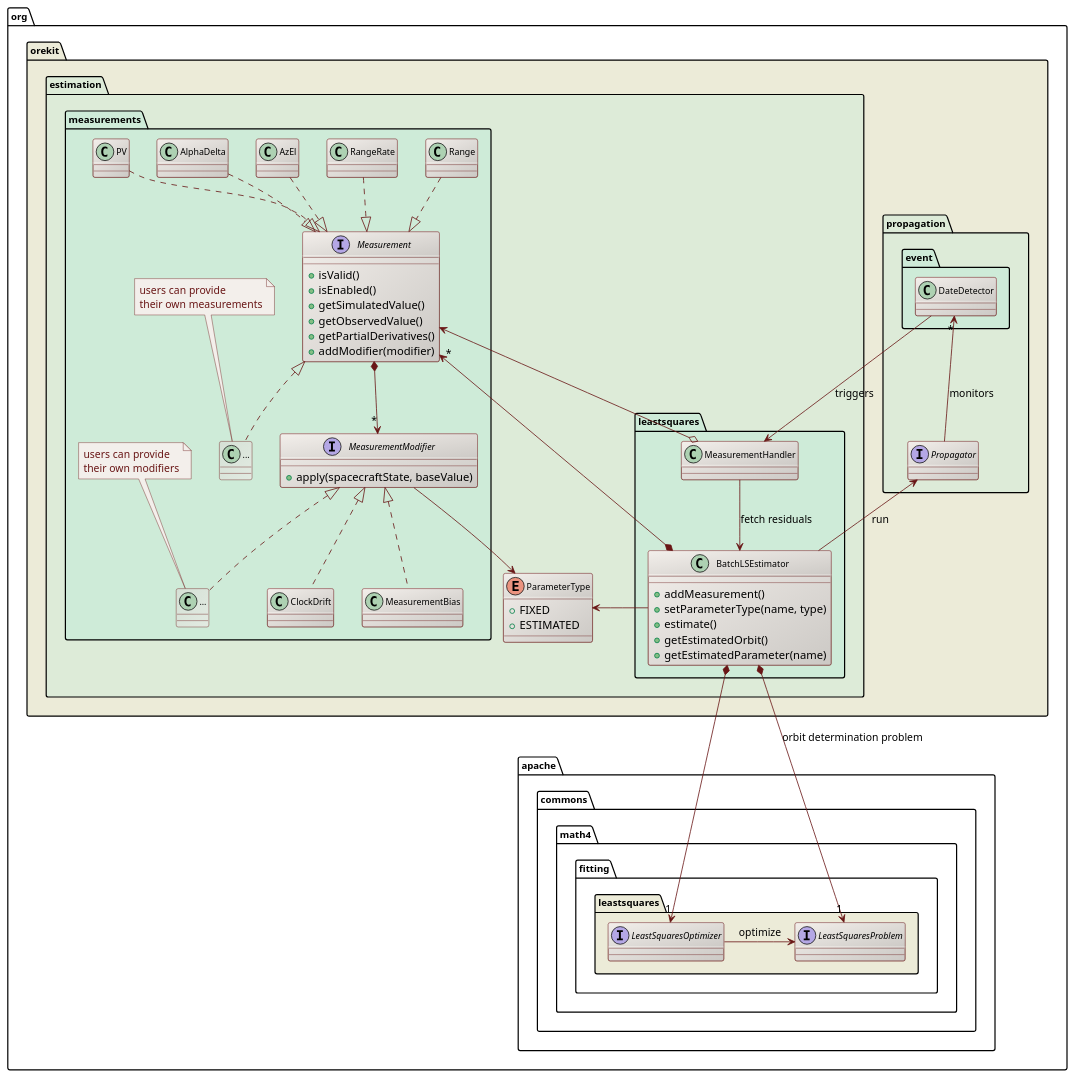
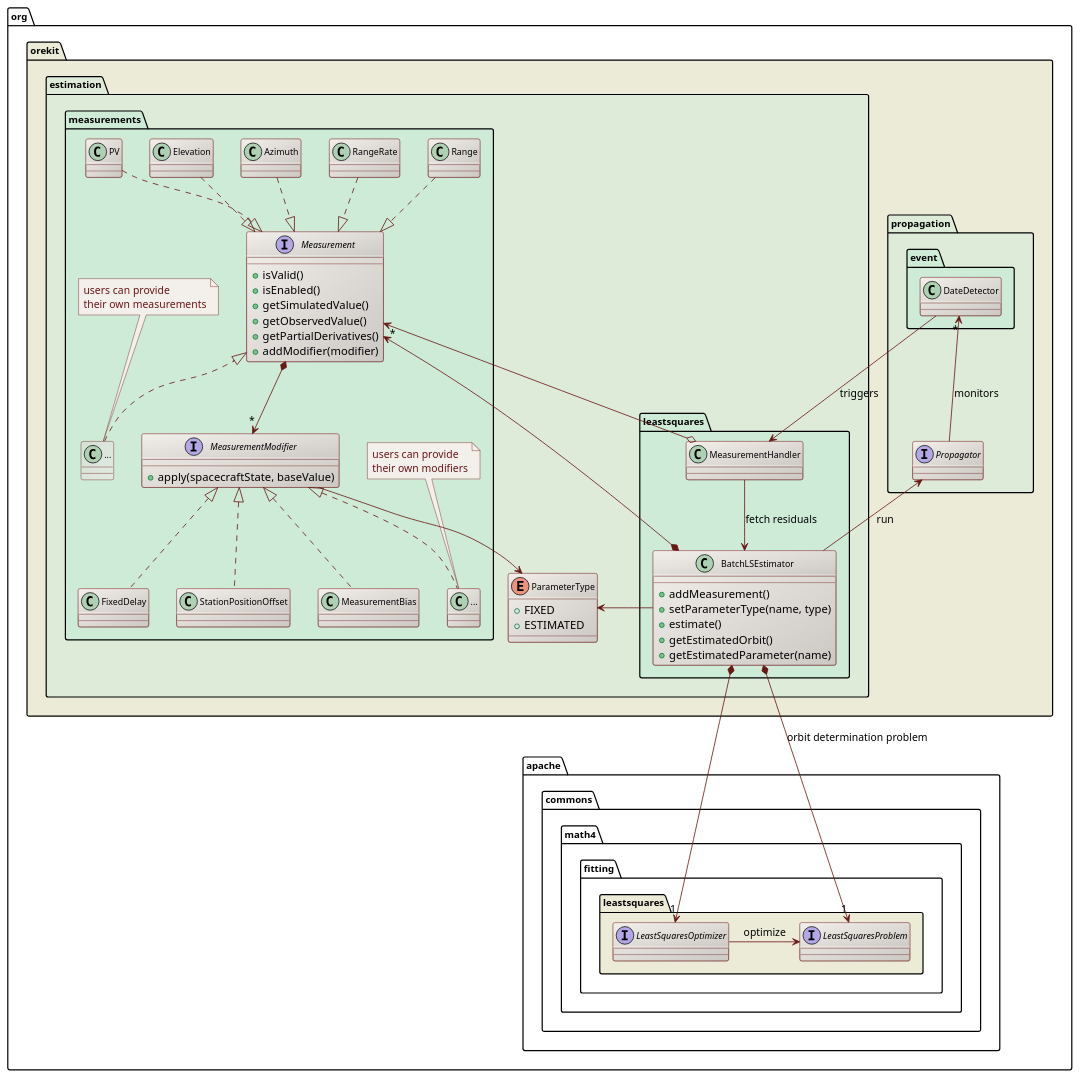
Before and after one commit to CS-SI/Orekit: the diagram in src/design/orbit-determination-class-diagram.puml, drawn with PlantUML.

Commit message:
Updated default implementations.

```diff
--- a/src/design/orbit-determination-class-diagram.puml
+++ b/src/design/orbit-determination-class-diagram.puml
@@ -17,109 +17,112 @@
 @startuml
 
   skinparam svek                  true
   skinparam ClassBackgroundColor  #F3EFEB/CCC9C5
   skinparam ClassArrowColor       #691616
   skinparam ClassBorderColor      #691616
   skinparam NoteBackgroundColor   #F3EFEB
   skinparam NoteBorderColor       #691616
   skinparam NoteFontColor         #691616
   skinparam ClassFontSize         11
   skinparam PackageFontSize       12
 
   package org.orekit #ECEBD8 {
 
     package propagation #DDEBD8 {
         package event #CEEBD8 {
             class DateDetector
         }
         interface Propagator
         DateDetector "*" <-- Propagator : monitors
     }
 
     package estimation #DDEBD8 {
 
         package leastsquares #CEEBD8 {
 
             class MeasurementHandler
             class BatchLSEstimator {
               +addMeasurement()
               +setParameterType(name, type)
               +estimate()
               +getEstimatedOrbit()
               +getEstimatedParameter(name)
             }
 
             DateDetector --> MeasurementHandler : triggers
 
             MeasurementHandler --> BatchLSEstimator : fetch residuals
             Propagator <-- BatchLSEstimator : run
 
         }
 
         package measurements #CEEBD8 {
 
             interface Measurement {
               +isValid()
               +isEnabled()
               +getSimulatedValue()
               +getObservedValue()
               +getPartialDerivatives()
               +addModifier(modifier)
             }
 
             interface MeasurementModifier {
               +apply(spacecraftState, baseValue)
             }
 
             class "..." as OtherModifier #D5E0D5/E2EBE2
             note top
               users can provide
               their own modifiers
             end note
             class MeasurementBias
-            class ClockDrift
+            class FixedDelay
+            class StationPositionOffset
+            class OtherModifier
 
             Measurement *--> "*" MeasurementModifier
             class "..." as OtherMeasurement #D5E0D5/E2EBE2
             note top
               users can provide
               their own measurements
             end note
             Measurement <|.. OtherMeasurement
             Range      ..|> Measurement
             RangeRate  ..|> Measurement
-            AzEl       ..|> Measurement
-            AlphaDelta ..|> Measurement
+            Azimuth    ..|> Measurement
+            Elevation  ..|> Measurement
             PV         ..|> Measurement
             MeasurementModifier <|.. MeasurementBias
-            MeasurementModifier <|.. ClockDrift
+            MeasurementModifier <|.. FixedDelay
+            MeasurementModifier <|.. StationPositionOffset
             MeasurementModifier <|.. OtherModifier
 
             BatchLSEstimator *--> "*" Measurement
             Measurement <--o MeasurementHandler
 
         }
 
 
         enum ParameterType {
             +FIXED
             +ESTIMATED
         }
         MeasurementModifier --> ParameterType
         ParameterType <-- BatchLSEstimator
 
     }
 
   }
 
   package org.apache.commons.math4.fitting.leastsquares #ECEBD8 {
 
           interface LeastSquaresProblem
           interface LeastSquaresOptimizer
           LeastSquaresOptimizer -right-> LeastSquaresProblem  : optimize
           BatchLSEstimator *--> "1" LeastSquaresProblem : orbit determination problem
           BatchLSEstimator *--> "1" LeastSquaresOptimizer
 
   }
 
 @enduml
```
